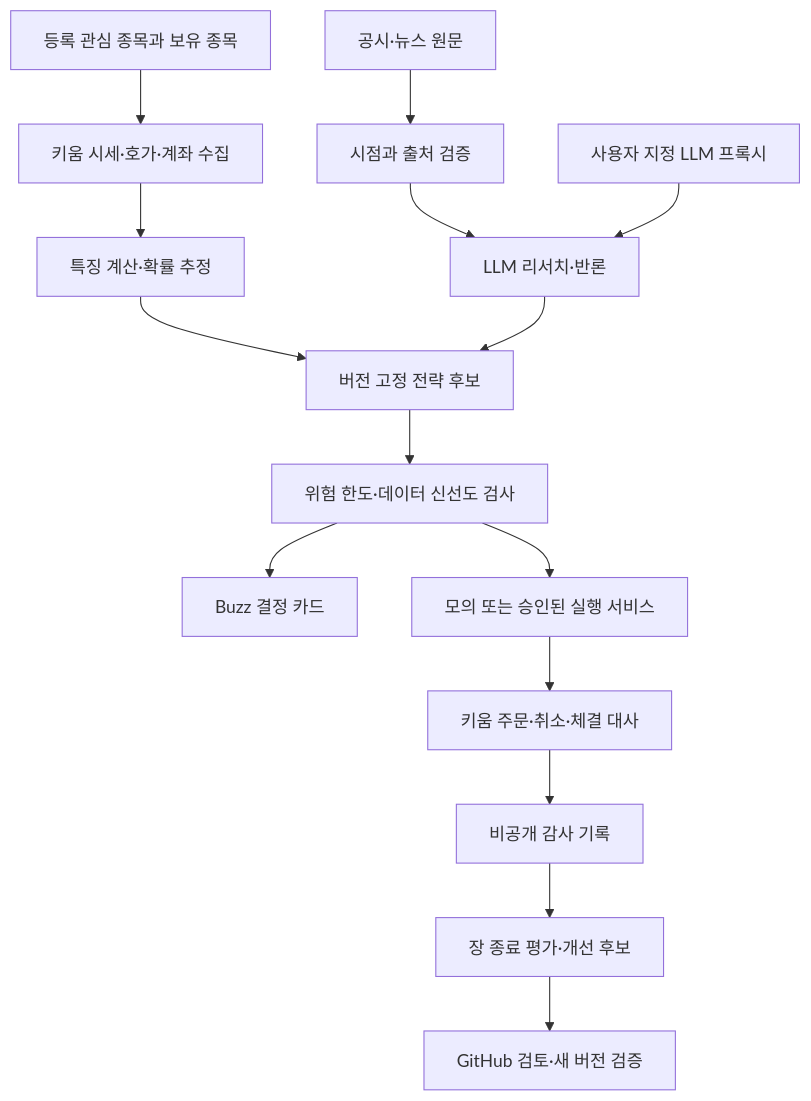
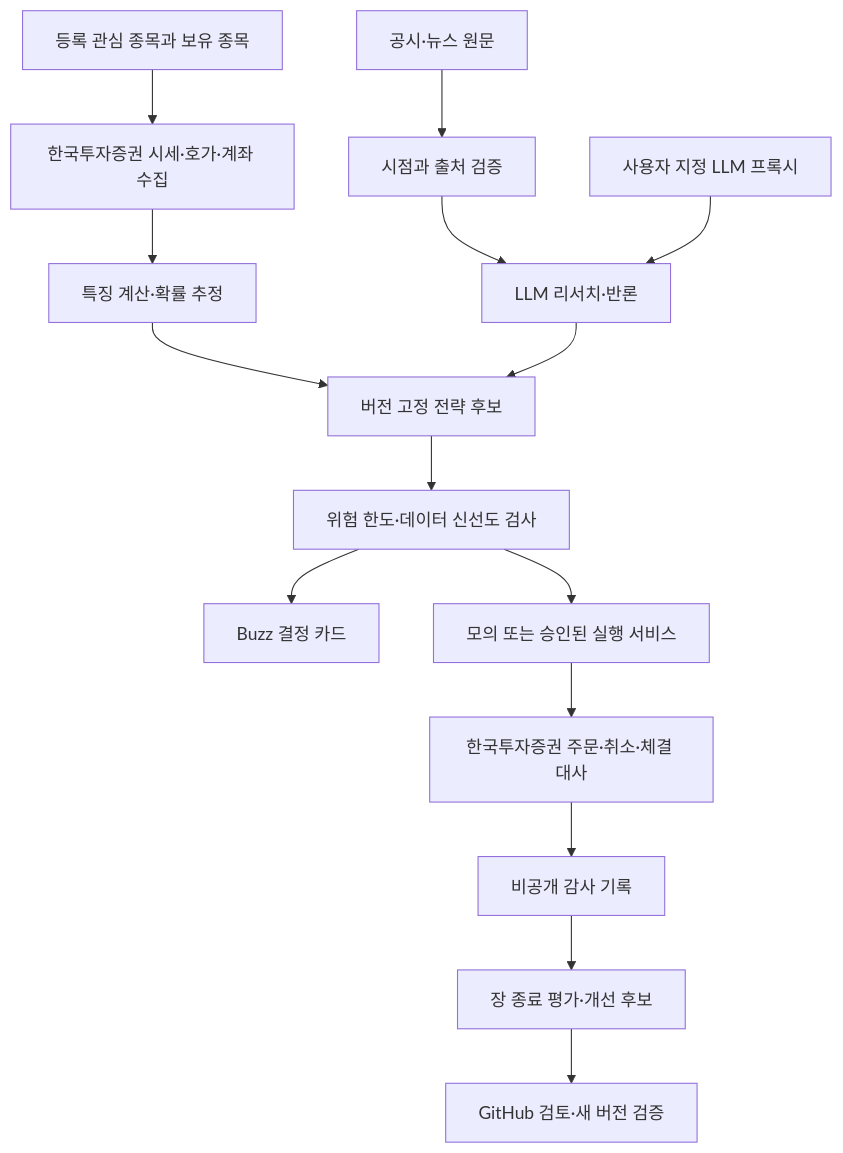
Before and after one commit to krdn/gon-stock: the diagram in docs/architecture/trading-system.md, drawn with Mermaid. The commit also changed other lines of this file and 17 other files, not shown here.

````diff
--- a/docs/architecture/trading-system.md
+++ b/docs/architecture/trading-system.md
@@ -17,17 +17,17 @@
 ```mermaid
 flowchart TD
-  W[등록 관심 종목과 보유 종목] --> D[키움 시세·호가·계좌 수집]
+  W[등록 관심 종목과 보유 종목] --> D[한국투자증권 시세·호가·계좌 수집]
   N[공시·뉴스 원문] --> E[시점과 출처 검증]
   D --> F[특징 계산·확률 추정]
   E --> R[LLM 리서치·반론]
   P[사용자 지정 LLM 프록시] --> R
   F --> S[버전 고정 전략 후보]
   R --> S
   S --> G[위험 한도·데이터 신선도 검사]
   G --> B[Buzz 결정 카드]
   G --> O[모의 또는 승인된 실행 서비스]
-  O --> K[키움 주문·취소·체결 대사]
+  O --> K[한국투자증권 주문·취소·체결 대사]
   K --> J[비공개 감사 기록]
   J --> V[장 종료 평가·개선 후보]
   V --> H[GitHub 검토·새 버전 검증]
 ```
````
